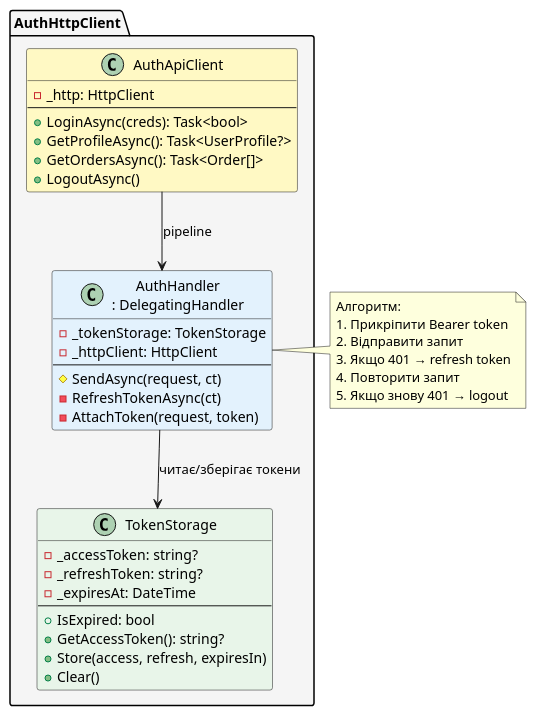
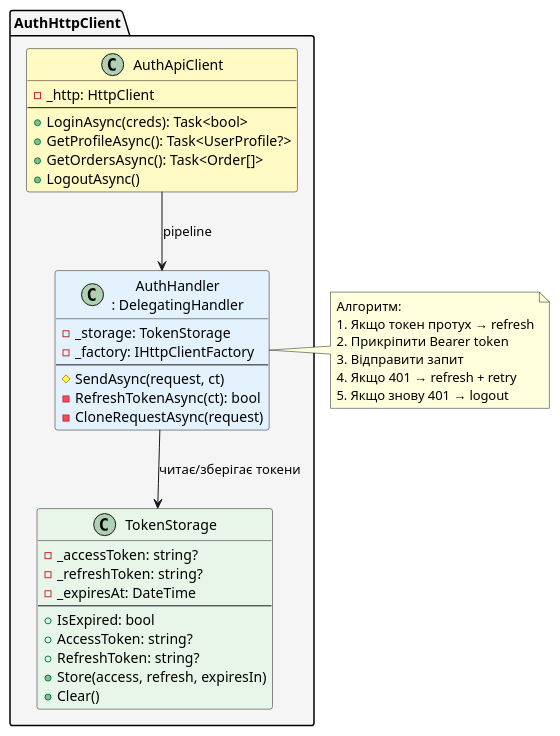
One commit to UTUBMIR/kostyl.dev changed diagram 18 of 18 in content/01.csharp/13.network-programming/08.http-advanced.md. Above: the diagram before and after it, drawn with PlantUML. The commit also changed other lines of this file and 2 other files, not shown here.

````diff
--- a/content/01.csharp/13.network-programming/08.http-advanced.md
+++ b/content/01.csharp/13.network-programming/08.http-advanced.md
@@ -1106,51 +2073,52 @@
 ```plantuml
 @startuml
 skinparam style plain
 skinparam backgroundColor #ffffff
 
 package "AuthHttpClient" #f5f5f5 {
 
     class "TokenStorage" as ts #e8f5e9 {
         - _accessToken: string?
         - _refreshToken: string?
         - _expiresAt: DateTime
         ---
         + IsExpired: bool
-        + GetAccessToken(): string?
+        + AccessToken: string?
+        + RefreshToken: string?
         + Store(access, refresh, expiresIn)
         + Clear()
     }
 
     class "AuthHandler\n: DelegatingHandler" as ah #e3f2fd {
-        - _tokenStorage: TokenStorage
-        - _httpClient: HttpClient
+        - _storage: TokenStorage
+        - _factory: IHttpClientFactory
         ---
         # SendAsync(request, ct)
-        - RefreshTokenAsync(ct)
-        - AttachToken(request, token)
+        - RefreshTokenAsync(ct): bool
+        - CloneRequestAsync(request)
     }
 
     class "AuthApiClient" as aac #fff9c4 {
         - _http: HttpClient
         ---
         + LoginAsync(creds): Task<bool>
         + GetProfileAsync(): Task<UserProfile?>
         + GetOrdersAsync(): Task<Order[]>
         + LogoutAsync()
     }
 
     aac --> ah : pipeline
     ah --> ts : читає/зберігає токени
 }
 
 note right of ah
   Алгоритм:
-  1. Прикріпити Bearer token
-  2. Відправити запит
-  3. Якщо 401 → refresh token
-  4. Повторити запит
+  1. Якщо токен протух → refresh
+  2. Прикріпити Bearer token
+  3. Відправити запит
+  4. Якщо 401 → refresh + retry
   5. Якщо знову 401 → logout
 end note
 
 @enduml
 ```
````
